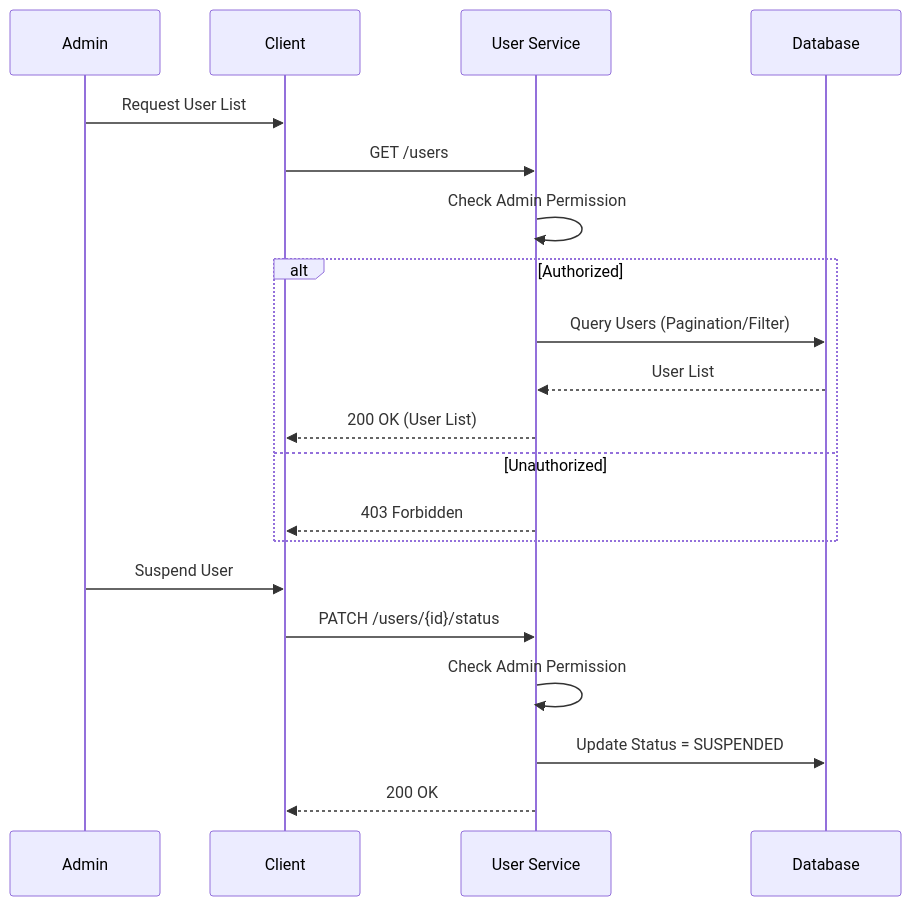
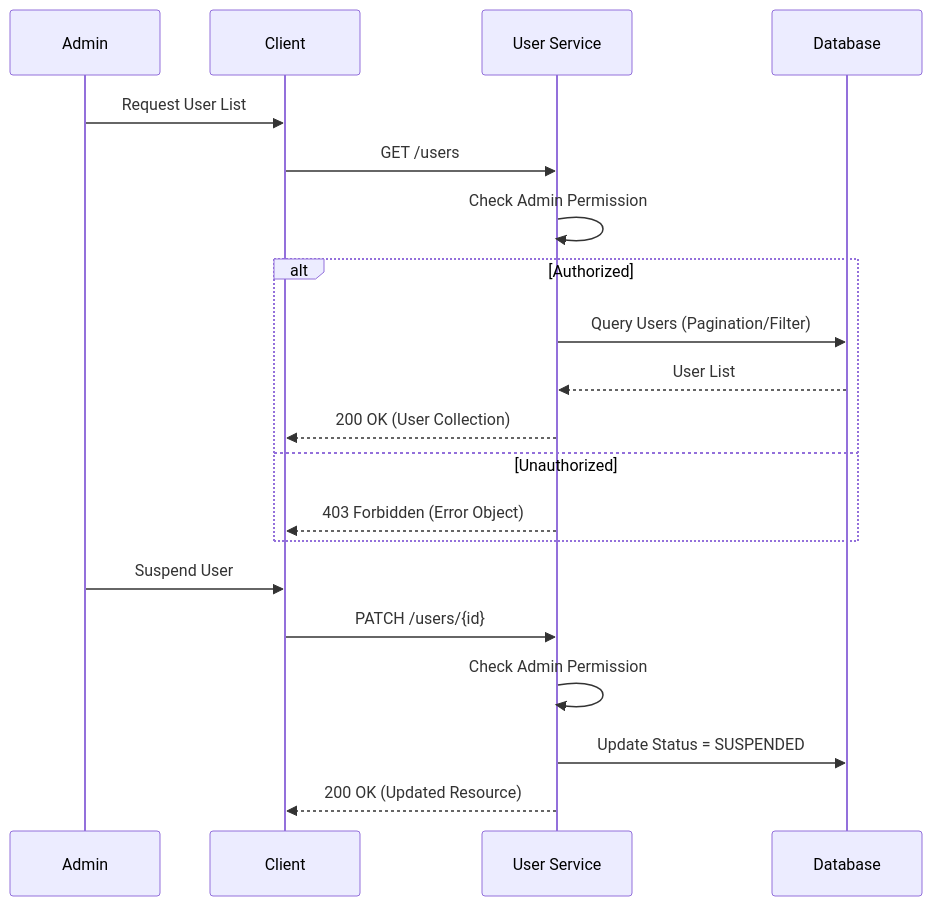
The diagram in .agent/modules/iam-security/user-management.md (vheins/vibe-coding-template), drawn with Mermaid before and after one commit. The commit also changed other lines of this file and 3 other files, not shown here.

````diff
--- a/.agent/modules/iam-security/user-management.md
+++ b/.agent/modules/iam-security/user-management.md
@@ -21,24 +64,24 @@
 ```mermaid
 sequenceDiagram
     participant Admin
     participant Client
     participant API as User Service
     participant DB as Database
 
     Admin->>Client: Request User List
     Client->>API: GET /users
     API->>API: Check Admin Permission
     alt Authorized
         API->>DB: Query Users (Pagination/Filter)
         DB-->>API: User List
-        API-->>Client: 200 OK (User List)
+        API-->>Client: 200 OK (User Collection)
     else Unauthorized
-        API-->>Client: 403 Forbidden
+        API-->>Client: 403 Forbidden (Error Object)
     end
 
     Admin->>Client: Suspend User
-    Client->>API: PATCH /users/{id}/status
+    Client->>API: PATCH /users/{id}
     API->>API: Check Admin Permission
     API->>DB: Update Status = SUSPENDED
-    API-->>Client: 200 OK
+    API-->>Client: 200 OK (Updated Resource)
 ```
````
